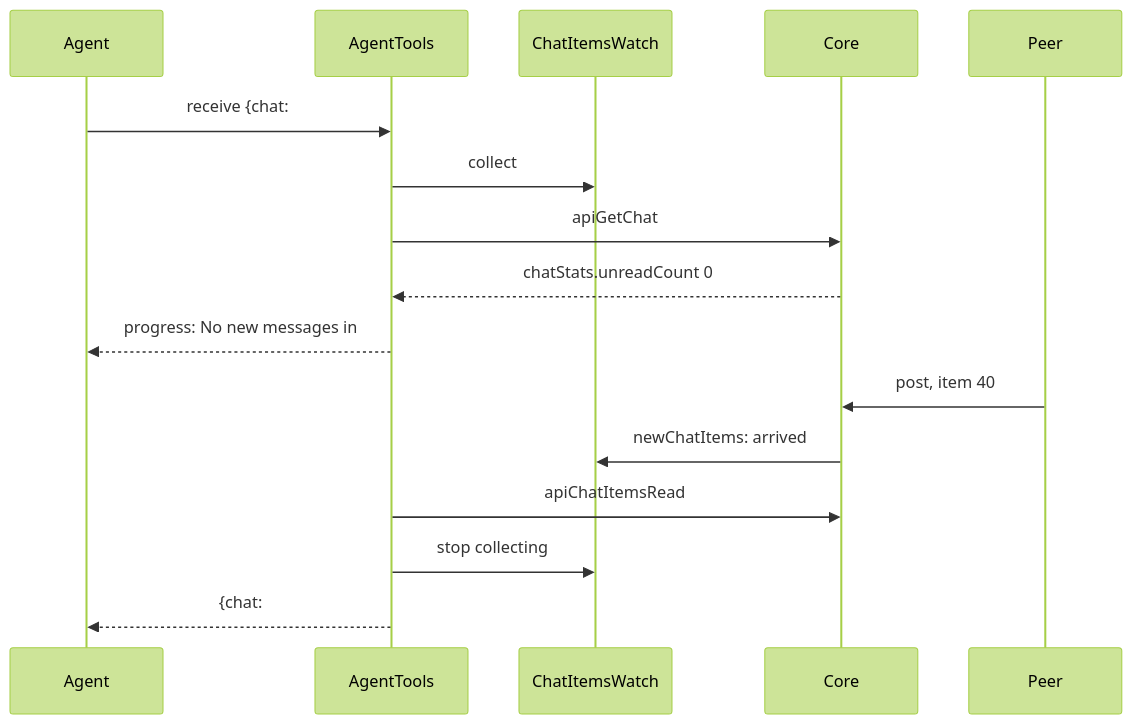
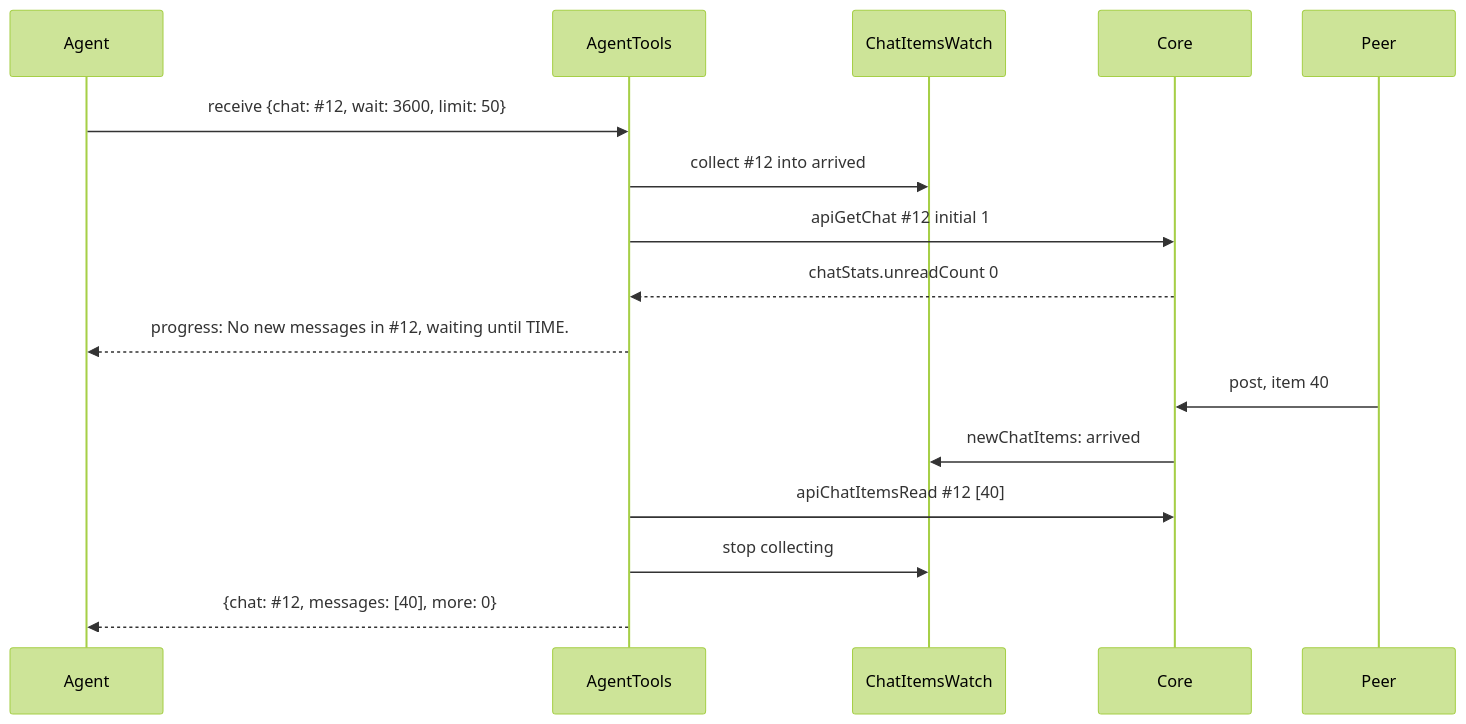
The fifth of 30 diagrams in packages/simplex-chat-mcp/spec/flows.md (simplex-chat/simplex-chat), drawn with Mermaid (forest theme) before and after one commit. The commit also changed other lines of this file and 1 other file, not shown here.

First line of the commit message:
mcp: spec diagrams render whole on GitHub

````diff
--- a/packages/simplex-chat-mcp/spec/flows.md
+++ b/packages/simplex-chat-mcp/spec/flows.md
@@ -274,18 +274,18 @@
 ```mermaid
 sequenceDiagram
   participant A as Agent
   participant T as AgentTools
   participant W as ChatItemsWatch
   participant C as Core
   participant D as Peer
-  A->>T: receive {chat: #12, wait: 3600, limit: 50}
-  T->>W: collect #12 into arrived
-  T->>C: apiGetChat #12 initial 1
+  A->>T: receive {chat: #35;12, wait: 3600, limit: 50}
+  T->>W: collect #35;12 into arrived
+  T->>C: apiGetChat #35;12 initial 1
   C-->>T: chatStats.unreadCount 0
-  T-->>A: progress: No new messages in #12, waiting until TIME.
+  T-->>A: progress: No new messages in #35;12, waiting until TIME.
   D->>C: post, item 40
   C->>W: newChatItems: arrived
-  T->>C: apiChatItemsRead #12 [40]
+  T->>C: apiChatItemsRead #35;12 [40]
   T->>W: stop collecting
-  T-->>A: {chat: #12, messages: [40], more: 0}
+  T-->>A: {chat: #35;12, messages: [40], more: 0}
 ```
````
